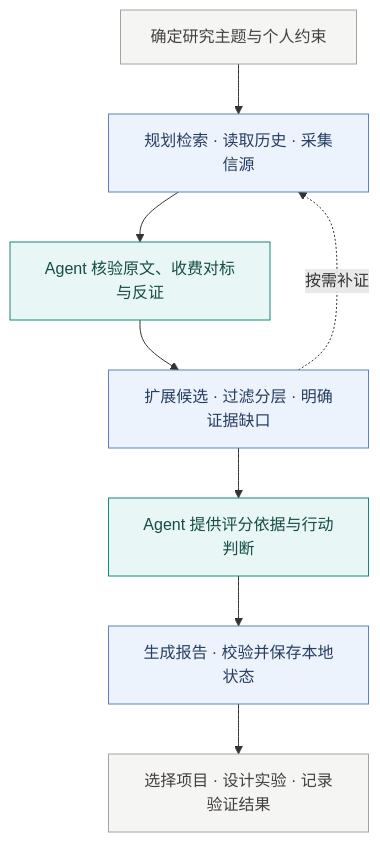
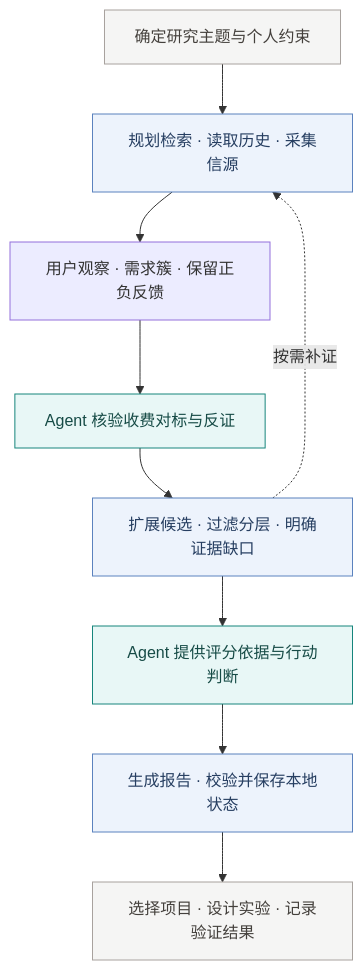
One commit to Snychng/ai-opportunity-radar changed the diagram in README.md. Above: the diagram before and after it, drawn with Mermaid. The commit also changed other lines of this file and 27 other files, not shown here.

````diff
--- a/README.md
+++ b/README.md
@@ -25,17 +27,18 @@
 ```mermaid
 flowchart TD
     A[确定研究主题与个人约束] --> B[规划检索 · 读取历史 · 采集信源]
-    B --> C[Agent 核验原文、收费对标与反证]
+    B --> O[用户观察 · 需求簇 · 保留正负反馈]
+    O --> C[Agent 核验收费对标与反证]
     C --> D[扩展候选 · 过滤分层 · 明确证据缺口]
     D -. 按需补证 .-> B
     D --> E[Agent 提供评分依据与行动判断]
     E --> F[生成报告 · 校验并保存本地状态]
     F --> G[选择项目 · 设计实验 · 记录验证结果]
 
     classDef agent fill:#E8F7F6,stroke:#16857C,color:#164B46
     classDef engine fill:#EDF3FC,stroke:#5B82BE,color:#263E61
     classDef action fill:#F5F5F4,stroke:#A8A29E,color:#44403C
     class C,E agent
     class B,D,F engine
     class A,G action
 ```
````
